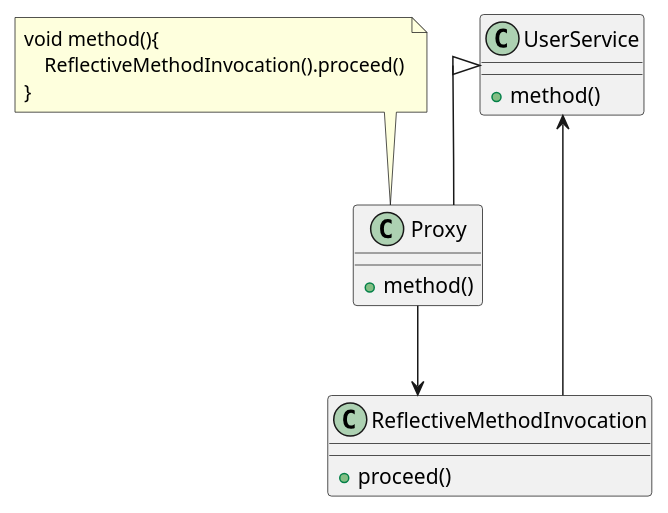
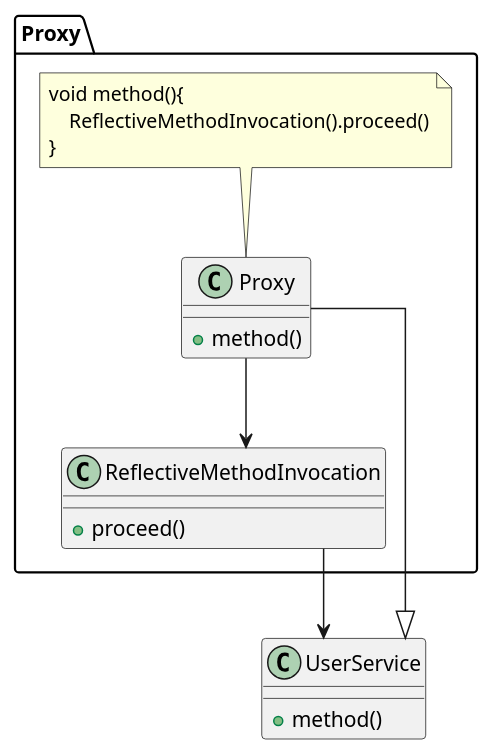
One commit to LeeYenChieh/Software_Engineering_Design2025FALL changed the diagram in spring/framework/proxy2.puml. Above: the diagram before and after it, drawn with PlantUML. The commit also changed 11 other files, not shown here.

Commit message:
some uml

```diff
--- a/spring/framework/proxy2.puml
+++ b/spring/framework/proxy2.puml
@@ -1,28 +1,30 @@
 @startuml proxy2
 skinparam linetype ortho
 
 
 
 class UserService {
     + method()
 }
 
-class Proxy {
-    + method()
+package Proxy{
+    class Proxy {
+        + method()
+    }
+    note top of Proxy
+        void method(){
+            ReflectiveMethodInvocation().proceed()
+        }
+        end note
+
+    class ReflectiveMethodInvocation {
+        + proceed()
+    }
+    UserService <|-- Proxy
+    Proxy --> ReflectiveMethodInvocation
 }
 
-class ReflectiveMethodInvocation {
-    + proceed()
-}
 
-UserService <|-- Proxy
-Proxy --> ReflectiveMethodInvocation
 ReflectiveMethodInvocation --> UserService
 
-note top of Proxy
-void method(){
-    ReflectiveMethodInvocation().proceed()
-}
-end note
-
 @enduml
```
